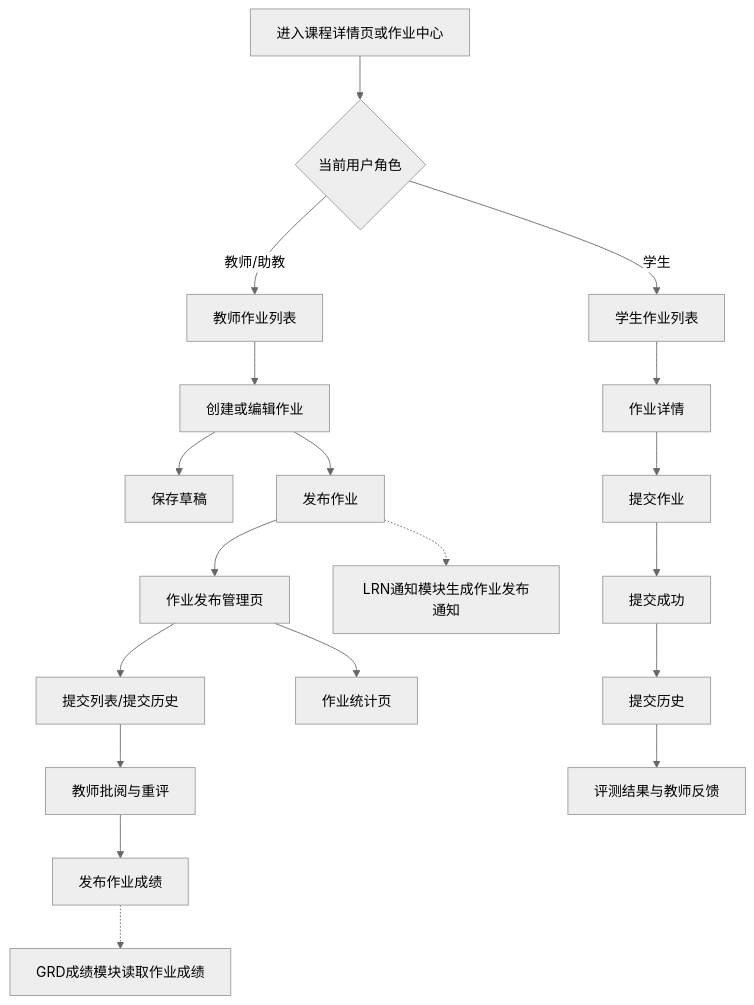
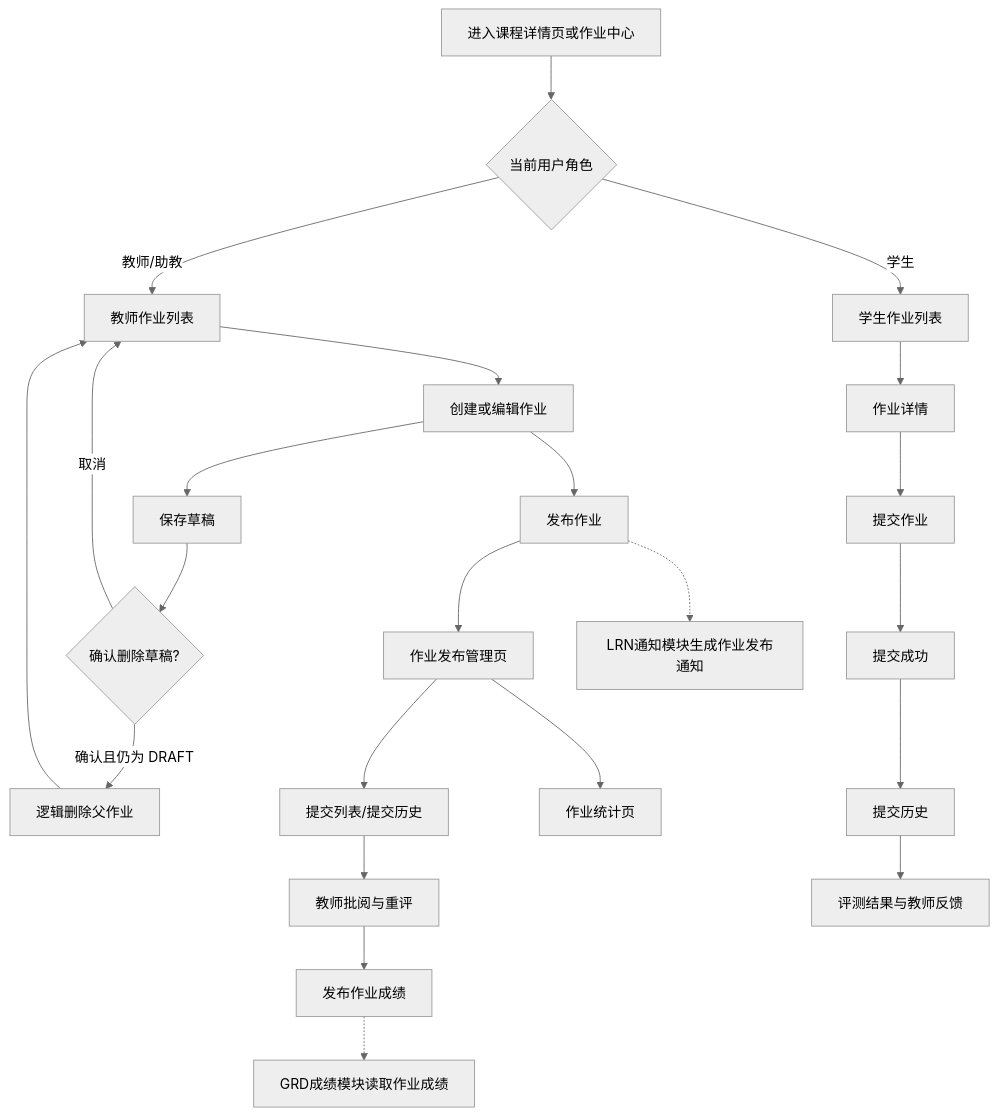
One commit to Cr4zyorange/OnlineJudge changed diagram 33 of 51 in docs/最终提交/软件详细设计说明书.md. Above: the diagram before and after it, drawn with Mermaid (neutral theme). The commit also changed other lines of this file and 17 other files, not shown here.

````diff
--- a/docs/最终提交/软件详细设计说明书.md
+++ b/docs/最终提交/软件详细设计说明书.md
@@ -3267,21 +3269,25 @@
 ```mermaid
 flowchart TD
     A[进入课程详情页或作业中心] --> B{当前用户角色}
     B -->|教师/助教| T1[教师作业列表]
     T1 --> T2[创建或编辑作业]
     T2 --> T3[保存草稿]
+    T3 --> T10{确认删除草稿?}
+    T10 -->|取消| T1
+    T10 -->|确认且仍为 DRAFT| T11[逻辑删除父作业]
+    T11 --> T1
     T2 --> T4[发布作业]
     T4 --> T5[作业发布管理页]
     T5 --> T6[提交列表/提交历史]
     T6 --> T7[教师批阅与重评]
     T5 --> T8[作业统计页]
     T7 --> T9[发布作业成绩]
     B -->|学生| S1[学生作业列表]
     S1 --> S2[作业详情]
     S2 --> S3[提交作业]
     S3 --> S4[提交成功]
     S4 --> S5[提交历史]
     S5 --> S6[评测结果与教师反馈]
     T4 -.-> N1[LRN通知模块生成作业发布通知]
     T9 -.-> G1[GRD成绩模块读取作业成绩]
 ```
````
